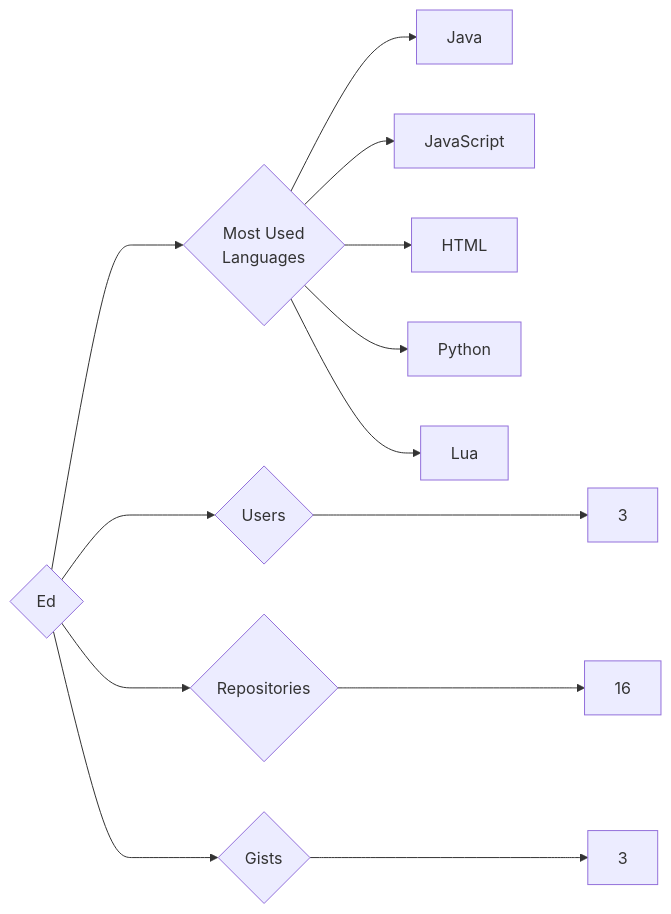
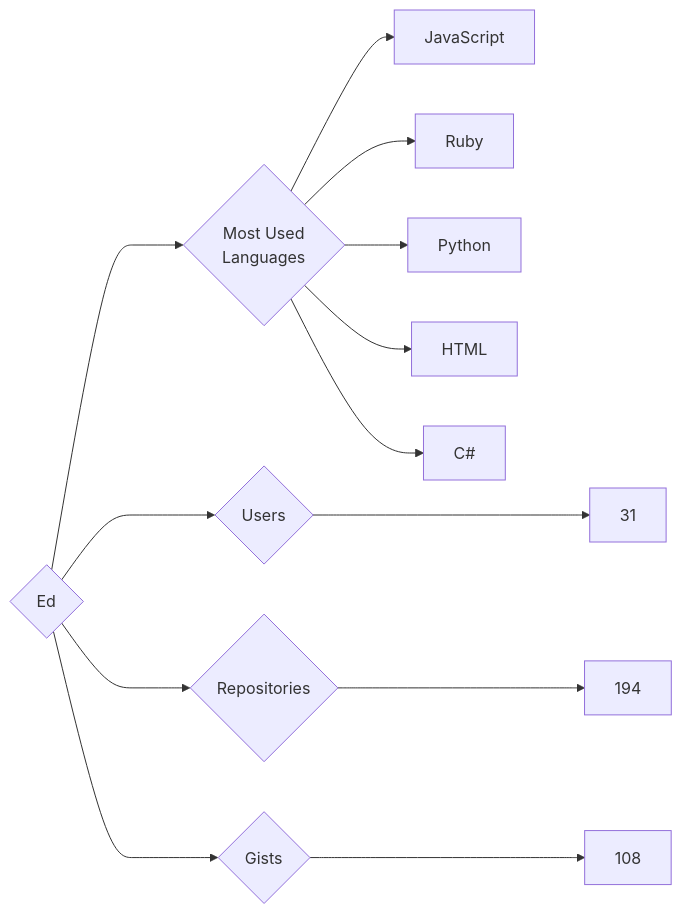
One commit to trickest/insiders changed the diagram in targets/Ed/README.md. Above: the diagram before and after it, drawn with Mermaid. The commit also changed 823 other files, not shown here.

````diff
--- a/targets/Ed/README.md
+++ b/targets/Ed/README.md
@@ -3,13 +3,13 @@
 ```mermaid
 graph LR
 COMPANY_NAME{Ed}
-COMPANY_NAME ---> U{Users} ---> UN[3]
-COMPANY_NAME ---> R{Repositories} ---> RN[16]
-COMPANY_NAME ---> G{Gists} ---> GN[3]
+COMPANY_NAME ---> U{Users} ---> UN[31]
+COMPANY_NAME ---> R{Repositories} ---> RN[194]
+COMPANY_NAME ---> G{Gists} ---> GN[108]
 COMPANY_NAME ---> ML{Most Used<br>Languages}
-ML --> Java[Java]
 ML --> JavaScript[JavaScript]
+ML --> Ruby[Ruby]
+ML --> Python[Python]
 ML --> HTML[HTML]
-ML --> Python[Python]
-ML --> Lua[Lua]
+ML --> C#[C#]
 ```
````
